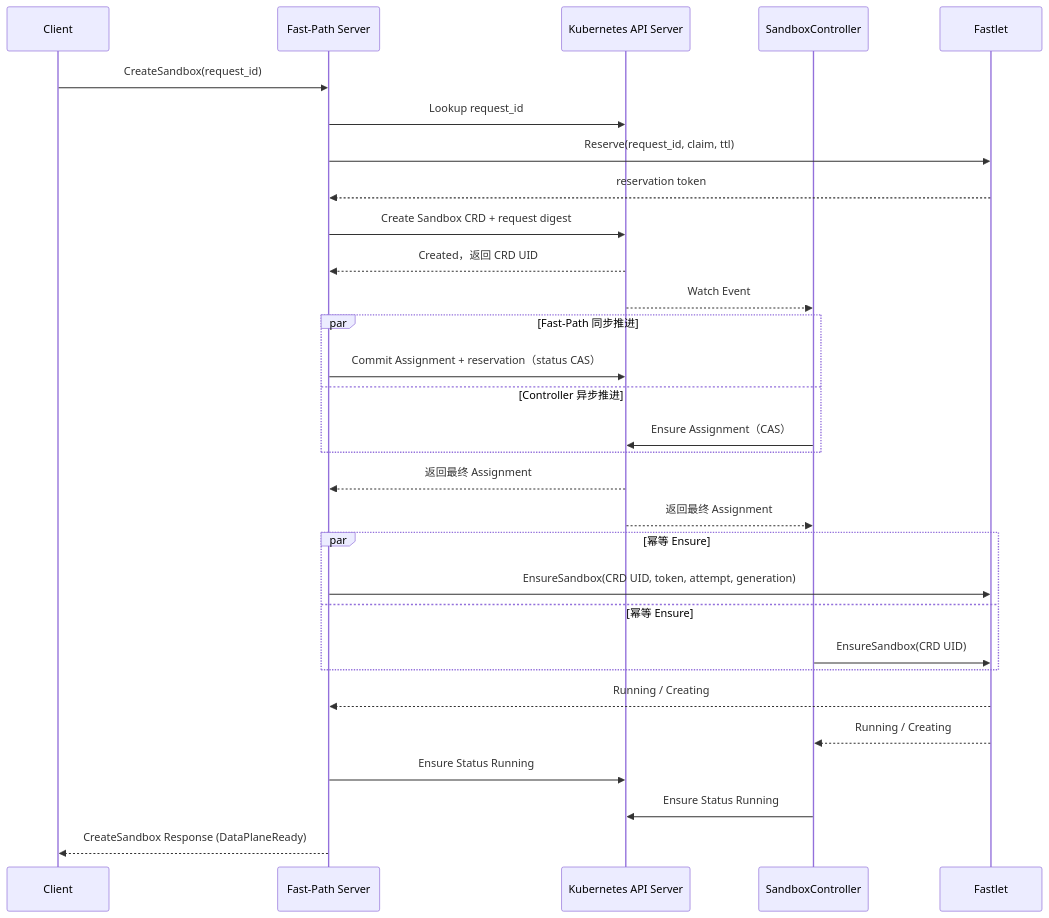
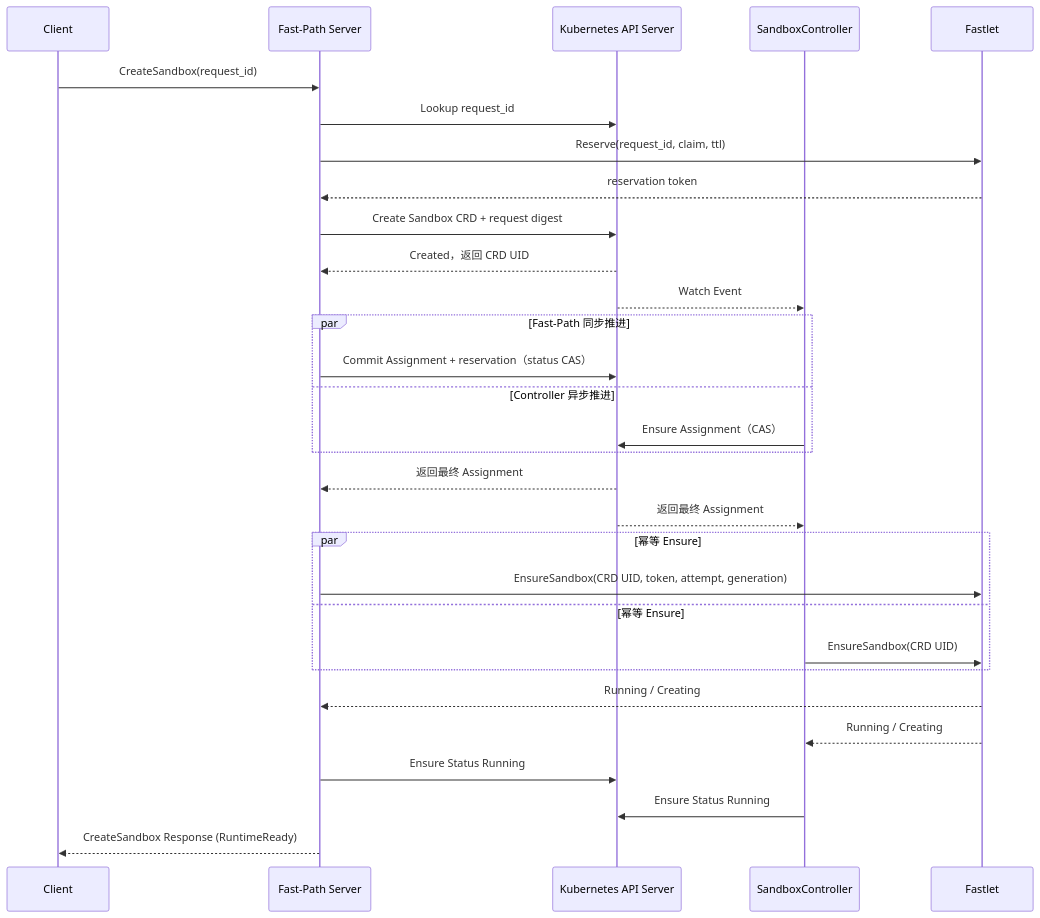
Before and after one commit to opensandbox-group/fast-sandbox: the second of 2 diagrams in docs/superpowers/specs/2026-07-18-multi-active-fastpath-control-plane-design.md, drawn with Mermaid. The commit also changed other lines of this file and 25 other files, not shown here.

Commit message:
perf: return sandbox create at runtime readiness

````diff
--- a/docs/superpowers/specs/2026-07-18-multi-active-fastpath-control-plane-design.md
+++ b/docs/superpowers/specs/2026-07-18-multi-active-fastpath-control-plane-design.md
@@ -298,38 +300,38 @@
 ```mermaid
 sequenceDiagram
     participant Client
     participant FP as Fast-Path Server
     participant API as Kubernetes API Server
     participant Controller as SandboxController
     participant Fastlet
 
     Client->>FP: CreateSandbox(request_id)
     FP->>API: Lookup request_id
     FP->>Fastlet: Reserve(request_id, claim, ttl)
     Fastlet-->>FP: reservation token
     FP->>API: Create Sandbox CRD + request digest
     API-->>FP: Created，返回 CRD UID
     API-->>Controller: Watch Event
 
     par Fast-Path 同步推进
         FP->>API: Commit Assignment + reservation（status CAS）
     and Controller 异步推进
         Controller->>API: Ensure Assignment（CAS）
     end
 
     API-->>FP: 返回最终 Assignment
     API-->>Controller: 返回最终 Assignment
 
     par 幂等 Ensure
         FP->>Fastlet: EnsureSandbox(CRD UID, token, attempt, generation)
     and 幂等 Ensure
         Controller->>Fastlet: EnsureSandbox(CRD UID)
     end
 
     Fastlet-->>FP: Running / Creating
     Fastlet-->>Controller: Running / Creating
 
     FP->>API: Ensure Status Running
     Controller->>API: Ensure Status Running
-    FP-->>Client: CreateSandbox Response (DataPlaneReady)
+    FP-->>Client: CreateSandbox Response (RuntimeReady)
 ```
````
